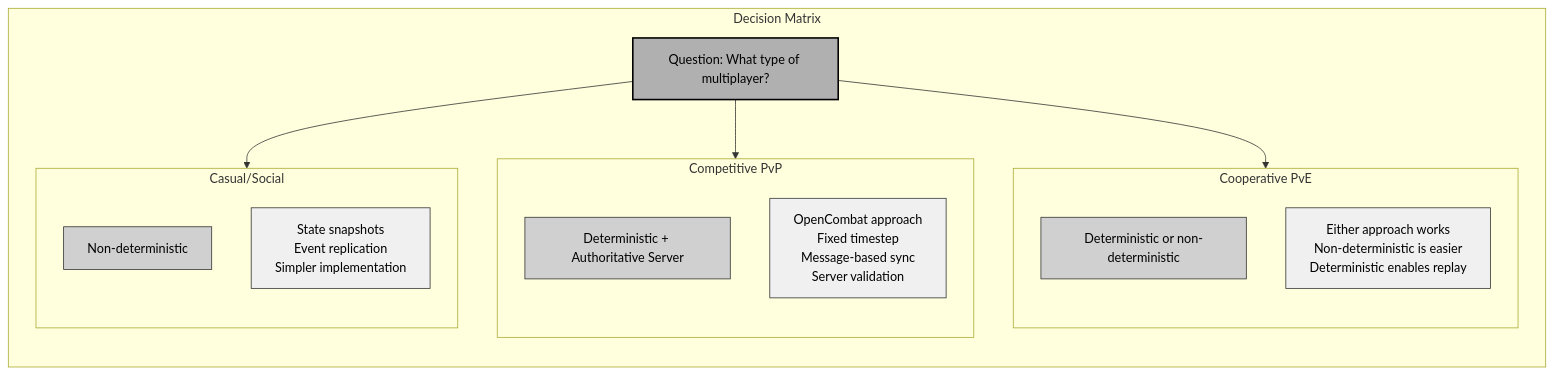
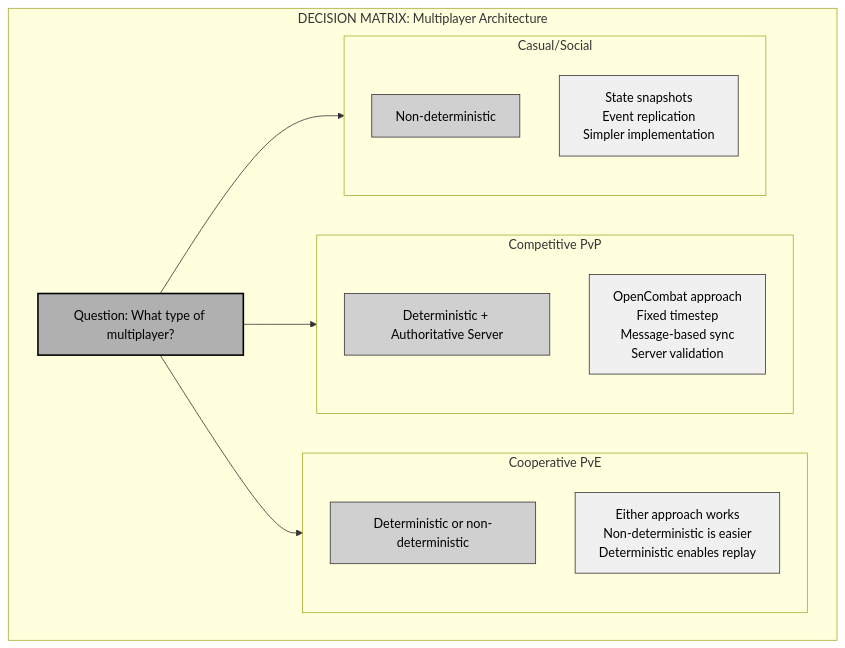
Before and after one commit to jukofyork/close-combat-architecture-study: the fifth of 7 diagrams in chapter_15_multiplayer.md, drawn with Mermaid. The commit also changed other lines of this file and 8 other files, not shown here.

````diff
--- a/chapter_15_multiplayer.md
+++ b/chapter_15_multiplayer.md
@@ -1238,39 +1234,35 @@
 ```mermaid
 flowchart TD
     classDef default fill:#fff,stroke:#000,stroke-width:1px,color:#000
     classDef light fill:#f0f0f0,stroke:#333,stroke-width:1px,color:#000
     classDef medium fill:#d0d0d0,stroke:#333,stroke-width:1px,color:#000
     classDef dark fill:#b0b0b0,stroke:#000,stroke-width:2px,color:#000
 
-    subgraph Decision["Decision Matrix"]
-        direction TB
+    subgraph Decision["DECISION MATRIX: Multiplayer Architecture"]
 
         Q["Question: What type of multiplayer?"]
 
         subgraph Competitive["Competitive PvP"]
-            direction TB
             Comp1["Deterministic + Authoritative Server"]
             Comp2["OpenCombat approach\nFixed timestep\nMessage-based sync\nServer validation"]
         end
 
         subgraph Cooperative["Cooperative PvE"]
-            direction TB
             Coop1["Deterministic or non-deterministic"]
             Coop2["Either approach works\nNon-deterministic is easier\nDeterministic enables replay"]
         end
 
         subgraph Casual["Casual/Social"]
-            direction TB
             Cas1["Non-deterministic"]
             Cas2["State snapshots\nEvent replication\nSimpler implementation"]
         end
 
         Q --> Competitive
         Q --> Cooperative
         Q --> Casual
     end
 
     class Q dark
     class Comp1,Coop1,Cas1 medium
     class Comp2,Coop2,Cas2 light
 ```
````
